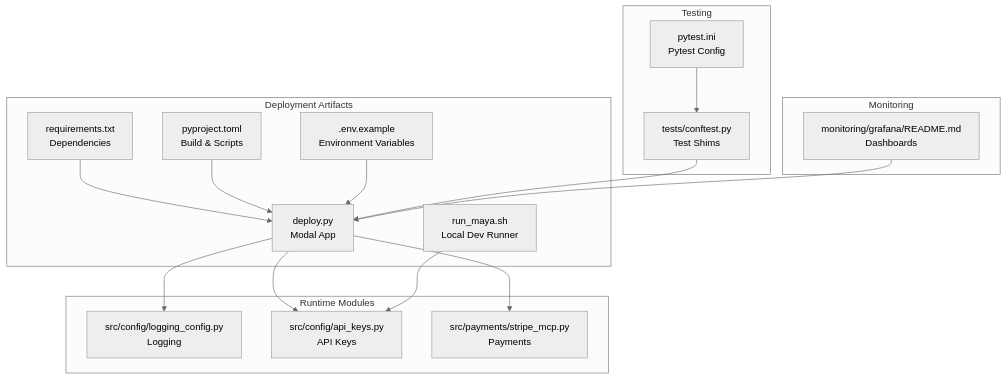
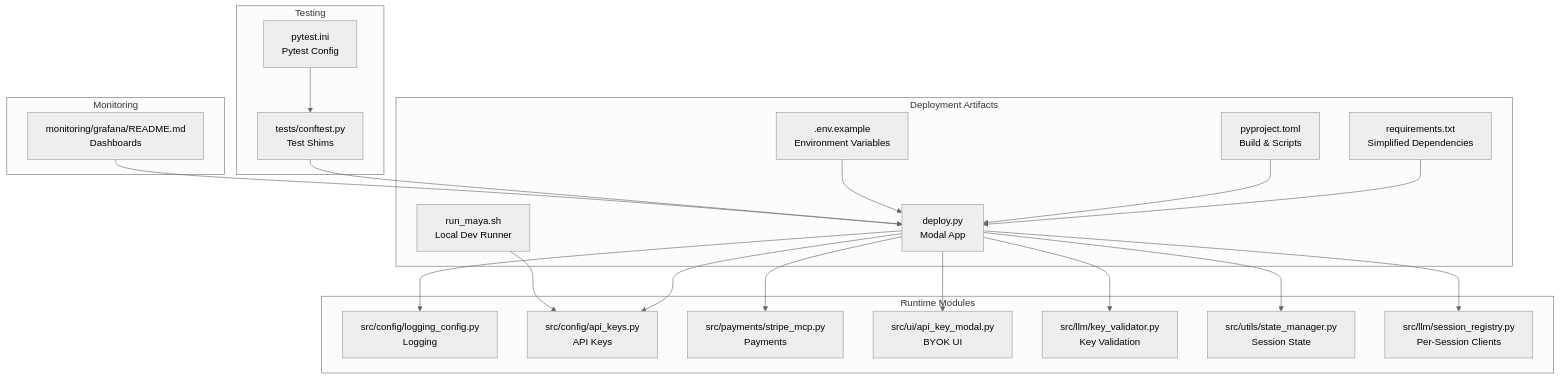
The first of 10 diagrams in .qoder/repowiki/en/content/Deployment & Operations.md (MOK-5-ha/MayaMCP), drawn with Mermaid (neutral theme) before and after one commit. The commit also changed other lines of this file and 27 other files, not shown here.

````diff
--- a/.qoder/repowiki/en/content/Deployment & Operations.md
+++ b/.qoder/repowiki/en/content/Deployment & Operations.md
@@ -38,32 +52,40 @@
 ```mermaid
 graph TB
 subgraph "Deployment Artifacts"
 D1["deploy.py<br/>Modal App"]
-D2["requirements.txt<br/>Dependencies"]
+D2["requirements.txt<br/>Simplified Dependencies"]
 D3["pyproject.toml<br/>Build & Scripts"]
 D4[".env.example<br/>Environment Variables"]
 D5["run_maya.sh<br/>Local Dev Runner"]
 end
 subgraph "Runtime Modules"
 M1["src/config/logging_config.py<br/>Logging"]
 M2["src/config/api_keys.py<br/>API Keys"]
 M3["src/payments/stripe_mcp.py<br/>Payments"]
+M4["src/ui/api_key_modal.py<br/>BYOK UI"]
+M5["src/llm/key_validator.py<br/>Key Validation"]
+M6["src/utils/state_manager.py<br/>Session State"]
+M7["src/llm/session_registry.py<br/>Per-Session Clients"]
 end
 subgraph "Testing"
 T1["tests/conftest.py<br/>Test Shims"]
 T2["pytest.ini<br/>Pytest Config"]
 end
 subgraph "Monitoring"
 MON["monitoring/grafana/README.md<br/>Dashboards"]
 end
 D1 --> M1
 D1 --> M2
 D1 --> M3
+D1 --> M4
+D1 --> M5
+D1 --> M6
+D1 --> M7
 D2 --> D1
 D3 --> D1
 D4 --> D1
 D5 --> M2
 T1 --> D1
 T2 --> T1
 MON --> D1
 ```
````
